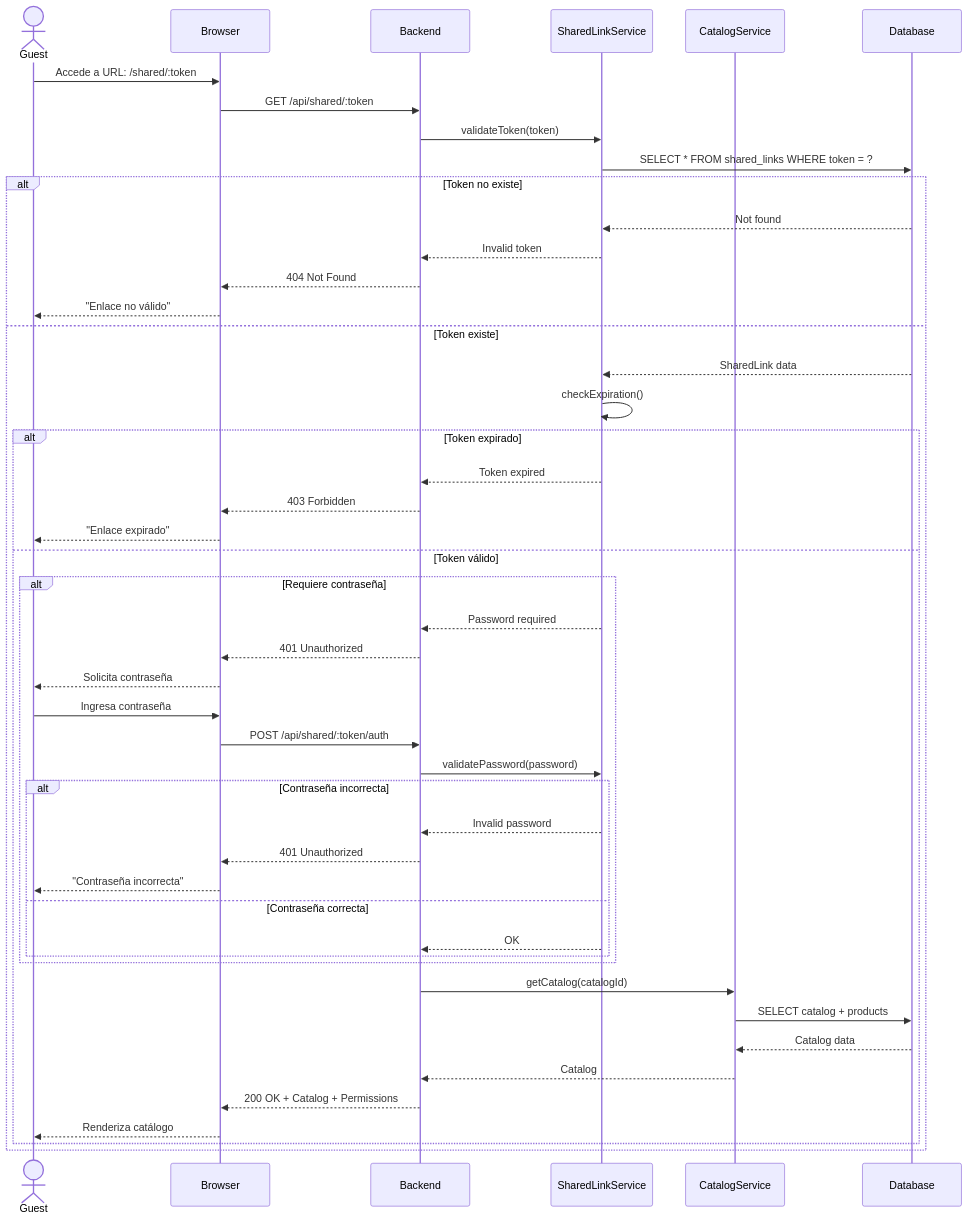
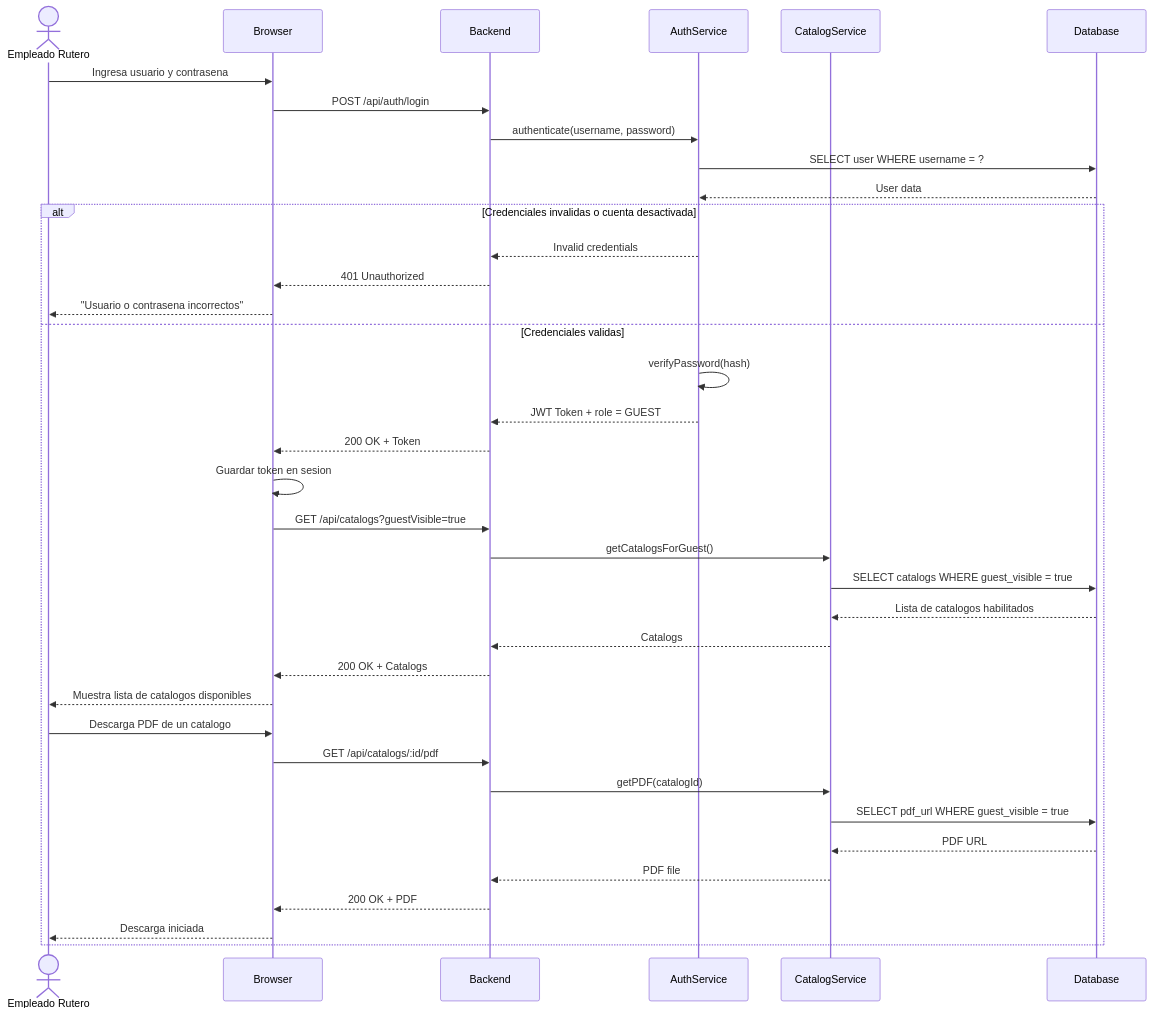
One commit to MarioEstu/sistem-aljaba changed the seventh of 13 diagrams in docs/diagramas/DIAGRAMAS_UML.md. Above: the diagram before and after it, drawn with Mermaid. The commit also changed other lines of this file and 3 other files, not shown here.

````diff
--- a/docs/diagramas/DIAGRAMAS_UML.md
+++ b/docs/diagramas/DIAGRAMAS_UML.md
@@ -391,55 +402,43 @@
 ```mermaid
 sequenceDiagram
-    actor Guest
+    actor Guest as Empleado Rutero
     participant Browser
     participant Backend
-    participant SharedLinkService
+    participant AuthService
     participant CatalogService
     participant Database
-    
-    Guest->>Browser: Accede a URL: /shared/:token
-    Browser->>Backend: GET /api/shared/:token
-    
-    Backend->>SharedLinkService: validateToken(token)
-    SharedLinkService->>Database: SELECT * FROM shared_links WHERE token = ?
-    
-    alt Token no existe
-        Database-->>SharedLinkService: Not found
-        SharedLinkService-->>Backend: Invalid token
-        Backend-->>Browser: 404 Not Found
-        Browser-->>Guest: "Enlace no válido"
-    else Token existe
-        Database-->>SharedLinkService: SharedLink data
-        SharedLinkService->>SharedLinkService: checkExpiration()
-        
-        alt Token expirado
-            SharedLinkService-->>Backend: Token expired
-            Backend-->>Browser: 403 Forbidden
-            Browser-->>Guest: "Enlace expirado"
-        else Token válido
-            alt Requiere contraseña
-                SharedLinkService-->>Backend: Password required
-                Backend-->>Browser: 401 Unauthorized
-                Browser-->>Guest: Solicita contraseña
-                Guest->>Browser: Ingresa contraseña
-                Browser->>Backend: POST /api/shared/:token/auth
-                Backend->>SharedLinkService: validatePassword(password)
-                
-                alt Contraseña incorrecta
-                    SharedLinkService-->>Backend: Invalid password
-                    Backend-->>Browser: 401 Unauthorized
-                    Browser-->>Guest: "Contraseña incorrecta"
-                else Contraseña correcta
-                    SharedLinkService-->>Backend: OK
-                end
-            end
-            
-            Backend->>CatalogService: getCatalog(catalogId)
-            CatalogService->>Database: SELECT catalog + products
-            Database-->>CatalogService: Catalog data
-            CatalogService-->>Backend: Catalog
-            Backend-->>Browser: 200 OK + Catalog + Permissions
-            Browser-->>Guest: Renderiza catálogo
-        end
+
+    Guest->>Browser: Ingresa usuario y contrasena
+    Browser->>Backend: POST /api/auth/login
+    Backend->>AuthService: authenticate(username, password)
+    AuthService->>Database: SELECT user WHERE username = ?
+    Database-->>AuthService: User data
+
+    alt Credenciales invalidas o cuenta desactivada
+        AuthService-->>Backend: Invalid credentials
+        Backend-->>Browser: 401 Unauthorized
+        Browser-->>Guest: "Usuario o contrasena incorrectos"
+    else Credenciales validas
+        AuthService->>AuthService: verifyPassword(hash)
+        AuthService-->>Backend: JWT Token + role = GUEST
+        Backend-->>Browser: 200 OK + Token
+        Browser->>Browser: Guardar token en sesion
+
+        Browser->>Backend: GET /api/catalogs?guestVisible=true
+        Backend->>CatalogService: getCatalogsForGuest()
+        CatalogService->>Database: SELECT catalogs WHERE guest_visible = true
+        Database-->>CatalogService: Lista de catalogos habilitados
+        CatalogService-->>Backend: Catalogs
+        Backend-->>Browser: 200 OK + Catalogs
+        Browser-->>Guest: Muestra lista de catalogos disponibles
+
+        Guest->>Browser: Descarga PDF de un catalogo
+        Browser->>Backend: GET /api/catalogs/:id/pdf
+        Backend->>CatalogService: getPDF(catalogId)
+        CatalogService->>Database: SELECT pdf_url WHERE guest_visible = true
+        Database-->>CatalogService: PDF URL
+        CatalogService-->>Backend: PDF file
+        Backend-->>Browser: 200 OK + PDF
+        Browser-->>Guest: Descarga iniciada
     end
 ```
````
